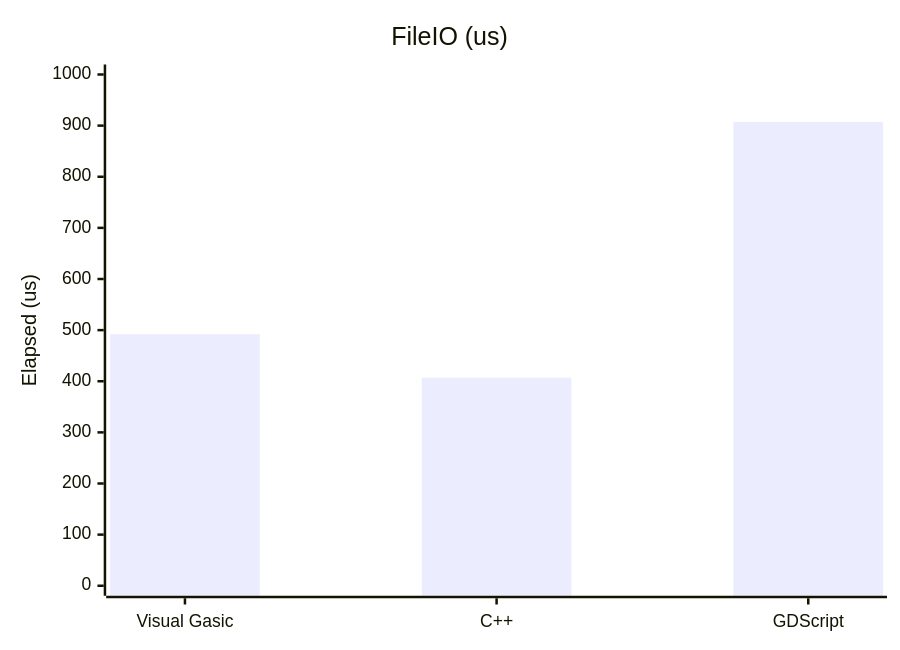
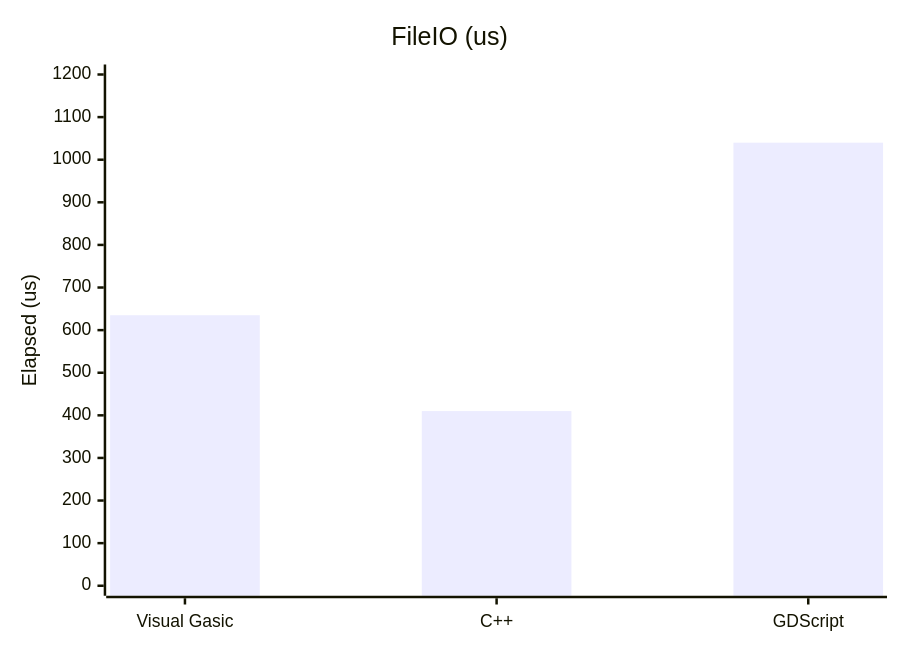
Before and after one commit to xgreenrx-star/VisualGasic: the tenth of 11 diagrams in docs/manual/performance.md, drawn with Mermaid. The commit also changed other lines of this file and 8 other files, not shown here.

````diff
--- a/docs/manual/performance.md
+++ b/docs/manual/performance.md
@@ -146,7 +153,7 @@
 ```mermaid
 xychart-beta
     title "FileIO (us)"
     x-axis ["Visual Gasic","C++","GDScript"]
-    y-axis "Elapsed (us)" 0 --> 1000
-    bar [492,407,907]
+    y-axis "Elapsed (us)" 0 --> 1200
+    bar [635,410,1040]
 ```
````
